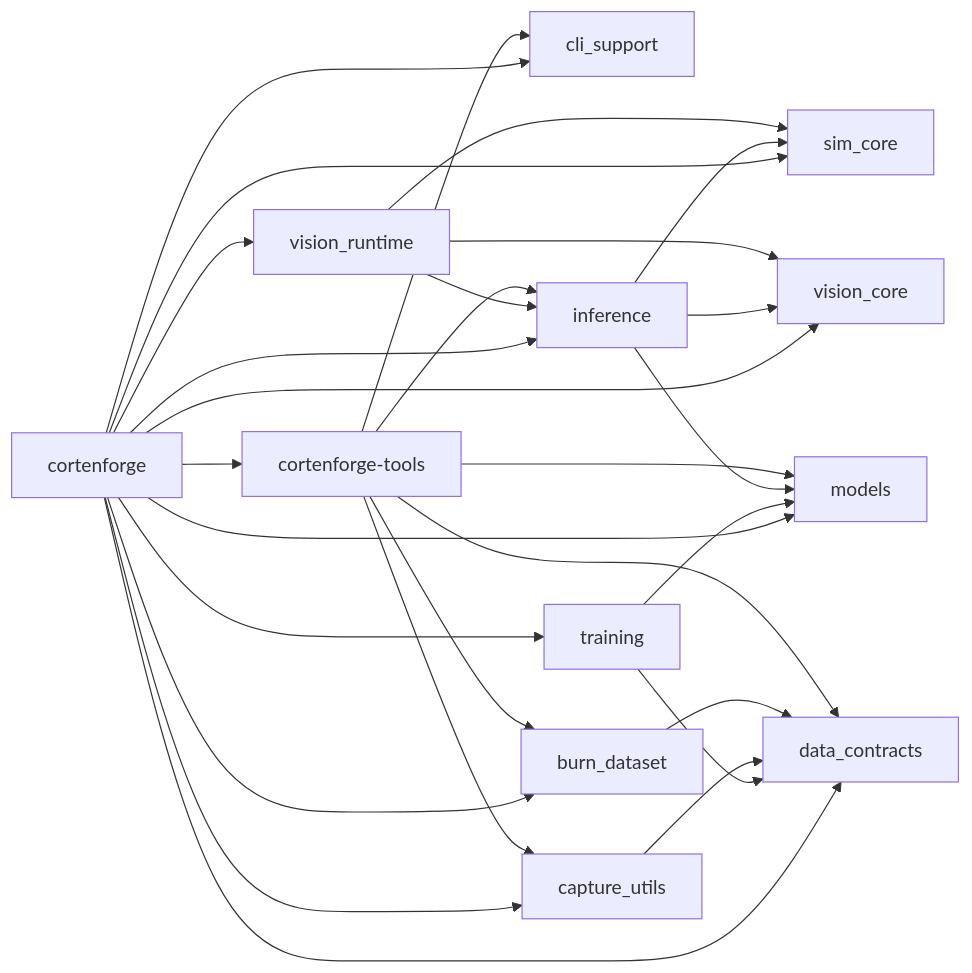
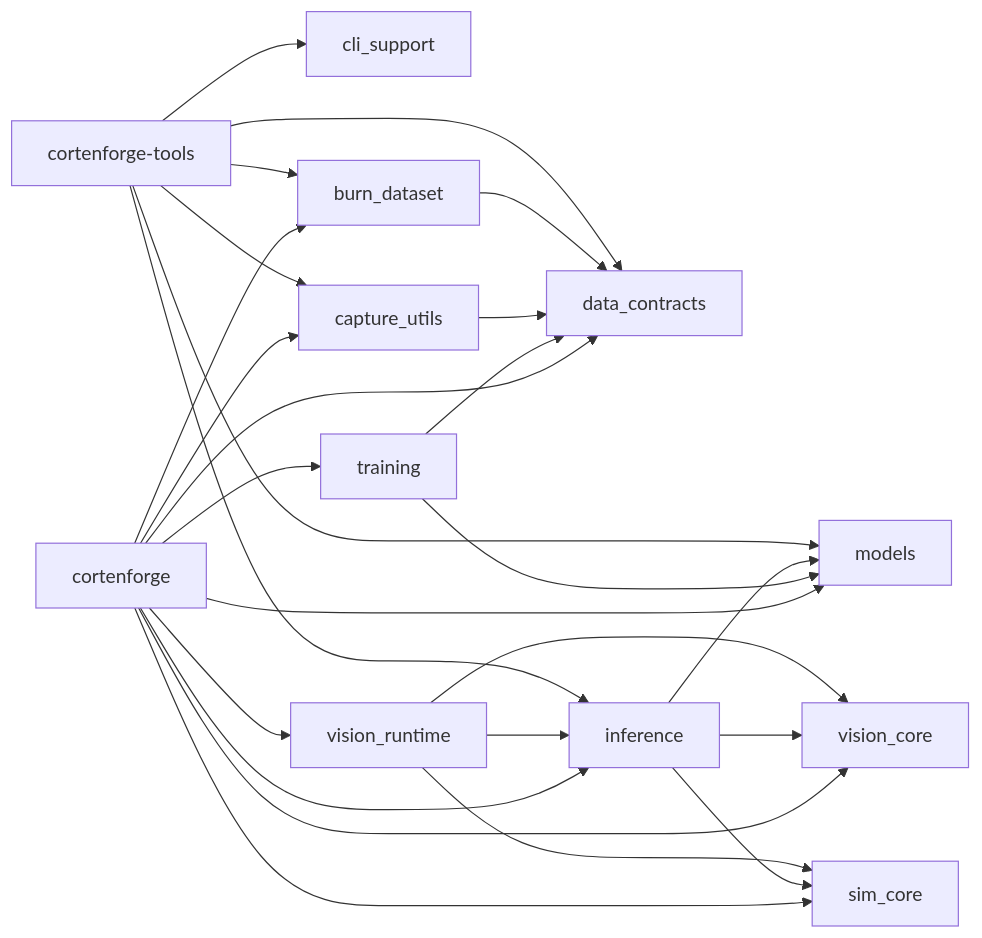
Before and after one commit to bigmark222/Mission_Impossibowel: the first of 2 diagrams in docs/cortenforge_book/src/00_workspace/overview.md, drawn with Mermaid. The commit also changed other lines of this file and 16 other files, not shown here.

````diff
--- a/docs/cortenforge_book/src/00_workspace/overview.md
+++ b/docs/cortenforge_book/src/00_workspace/overview.md
@@ -11,44 +14,42 @@
 ```mermaid
 flowchart LR
     CLI[cli_support]
     BD[burn_dataset]
     TOOLS[cortenforge-tools]
     CU[capture_utils]
     SC[sim_core]
     VC[vision_core]
     VR[vision_runtime]
     DC[data_contracts]
     TR[training]
     INF[inference]
     M[models]
     CF[cortenforge]
 
     TOOLS --> CLI
     TOOLS --> BD
     TOOLS --> CU
     TOOLS --> DC
     TOOLS --> INF
     TOOLS --> M
 
     BD --> DC
     CU --> DC
     VR --> SC
     VR --> VC
     VR --> INF
     INF --> SC
     INF --> VC
     INF --> M
     TR --> DC
     TR --> M
     CF --> SC
     CF --> VC
     CF --> VR
     CF --> DC
     CF --> CU
     CF --> M
     CF --> TR
     CF --> INF
-    CF --> CLI
     CF --> BD
-    CF --> TOOLS
 ```
````
